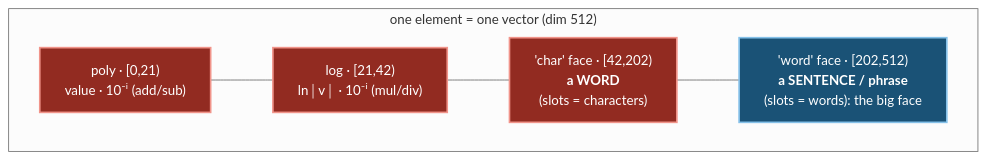
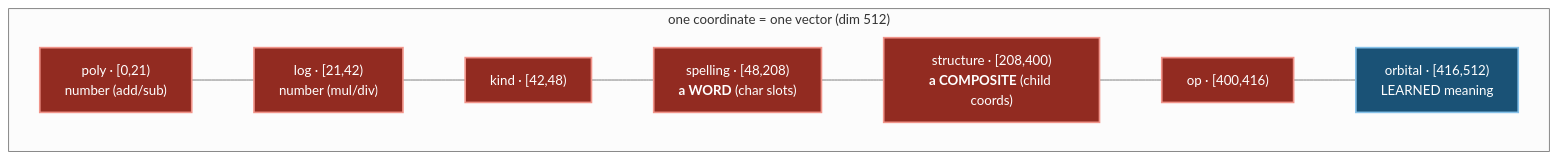
Before and after one commit to EvaluatedApplications/genesis-nova: the first of 2 diagrams in PLATONIC_NUCLEUS.md, drawn with Mermaid (neutral theme). The commit also changed other lines of this file and 10 other files, not shown here.

````diff
--- a/PLATONIC_NUCLEUS.md
+++ b/PLATONIC_NUCLEUS.md
@@ -55,15 +54,18 @@
 ```mermaid
 flowchart LR
-  subgraph V["one element = one vector (dim 512)"]
+  subgraph V["one coordinate = one vector (dim 512)"]
     direction LR
-    P["poly · [0,21)<br/>value · 10⁻ⁱ&nbsp;(add/sub)"]
-    L["log · [21,42)<br/>ln│v│ · 10⁻ⁱ&nbsp;(mul/div)"]
-    C["'char' face · [42,202)<br/><b>a WORD</b><br/>(slots = characters)"]
-    W["'word' face · [202,512)<br/><b>a SENTENCE / phrase</b><br/>(slots = words): the big face"]
-    P --- L --- C --- W
+    P["poly · [0,21)<br/>number (add/sub)"]
+    L["log · [21,42)<br/>number (mul/div)"]
+    K["kind · [42,48)"]
+    B["spelling · [48,208)<br/><b>a WORD</b> (char slots)"]
+    S["structure · [208,400)<br/><b>a COMPOSITE</b> (child coords)"]
+    O["op · [400,416)"]
+    E["orbital · [416,512)<br/>LEARNED meaning"]
+    P --- L --- K --- B --- S --- O --- E
   end
   classDef nuc fill:#922b21,color:#ffffff,stroke:#f1948a,stroke-width:2px;
   classDef free fill:#1a5276,color:#ffffff,stroke:#85c1e9,stroke-width:2px;
-  class P,L,C nuc;
-  class W free;
+  class P,L,K,B,S,O nuc;
+  class E free;
 ```
````
